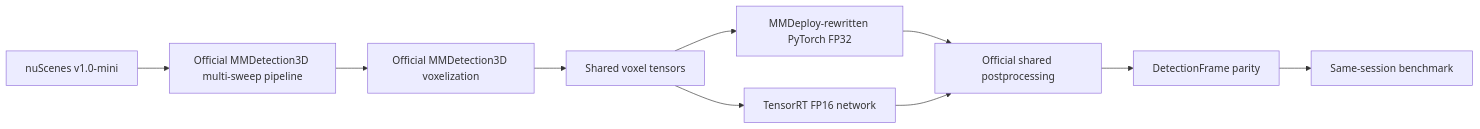
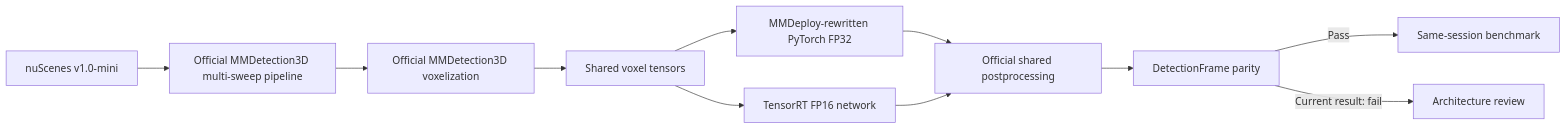
The diagram in README.md (muhammadmahadazher/laserperception), drawn with Mermaid before and after one commit. The commit also changed other lines of this file and 10 other files, not shown here.

````diff
--- a/README.md
+++ b/README.md
@@ -58,12 +59,13 @@
 ```mermaid
 flowchart LR
     A["nuScenes v1.0-mini"] --> B["Official MMDetection3D multi-sweep pipeline"]
     B --> C["Official MMDetection3D voxelization"]
     C --> D["Shared voxel tensors"]
     D --> E["MMDeploy-rewritten PyTorch FP32"]
     D --> F["TensorRT FP16 network"]
     E --> G["Official shared postprocessing"]
     F --> G
     G --> H["DetectionFrame parity"]
-    H --> I["Same-session benchmark"]
+    H -->|"Pass"| I["Same-session benchmark"]
+    H -->|"Current result: fail"| J["Architecture review"]
 ```
````
